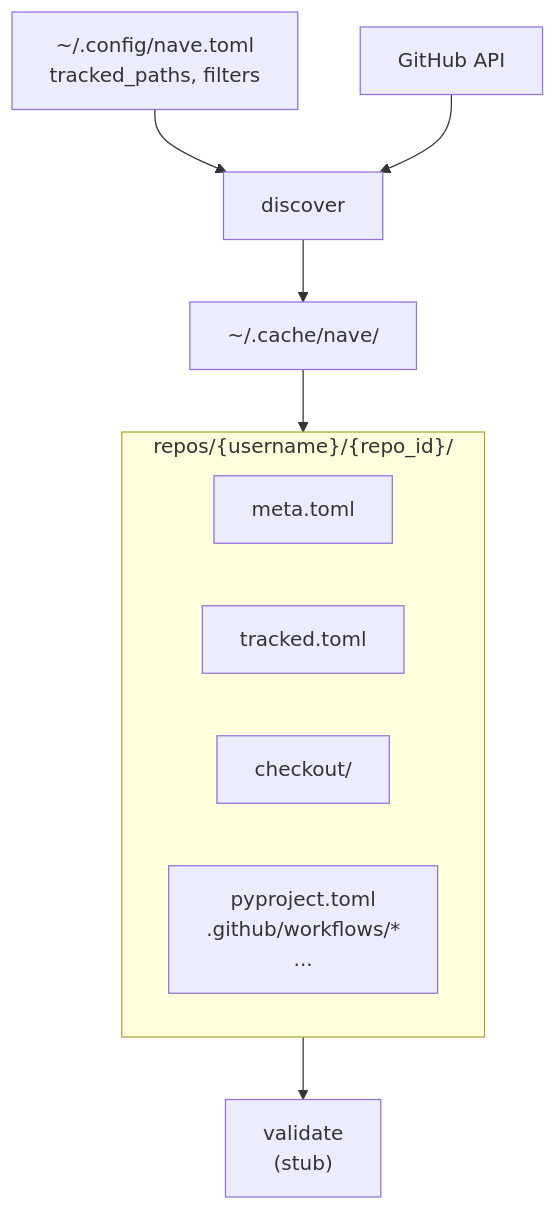
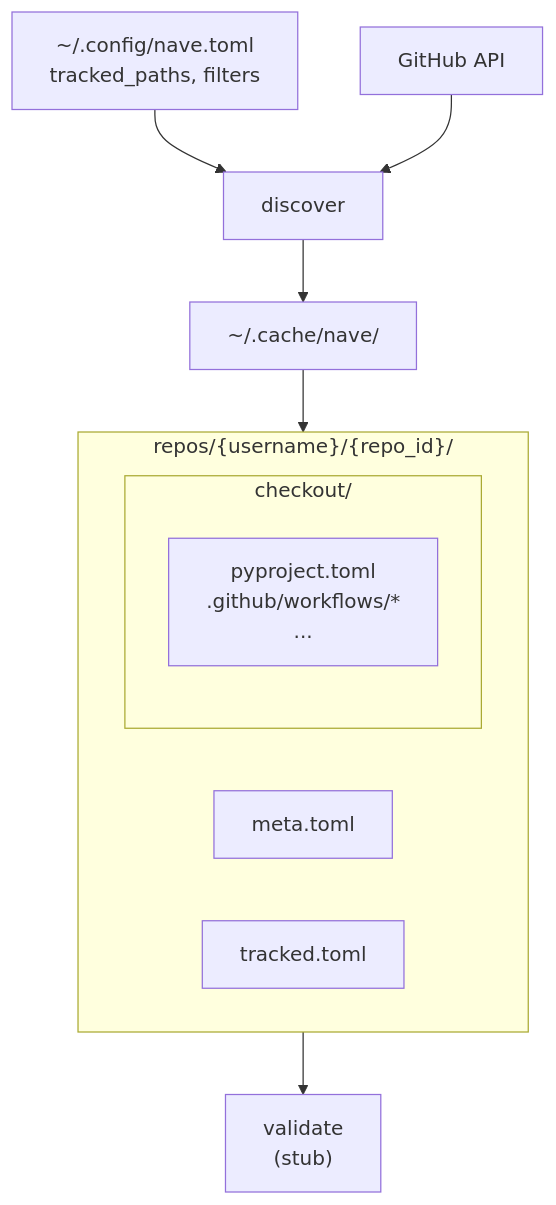
One commit to lmmx/nave changed the diagram in README.md. Above: the diagram before and after it, drawn with Mermaid.

Commit message:
docs: files go inside checkout dir

````diff
--- a/README.md
+++ b/README.md
@@ -49,28 +49,30 @@
 ```mermaid
 flowchart TB
 
 config["~/.config/nave.toml<br/>tracked_paths, filters"]
 
 github["GitHub API"]
 
 discover["discover"]
 
 cache_base["~/.cache/nave/"]
 
 subgraph repo["repos/{username}/{repo_id}/"]
     meta["meta.toml"]
     tracked["tracked.toml"]
-    checkout["checkout/"]
-    files["pyproject.toml<br/>.github/workflows/*<br/>..."]
+
+    subgraph checkout["checkout/"]
+        files["pyproject.toml<br/>.github/workflows/*<br/>..."]
+    end
 end
 
 validate["validate<br/>(stub)"]
 
 config --> discover
 github --> discover
 
 discover --> cache_base
 cache_base --> repo
 
 repo --> validate
 ```
````
